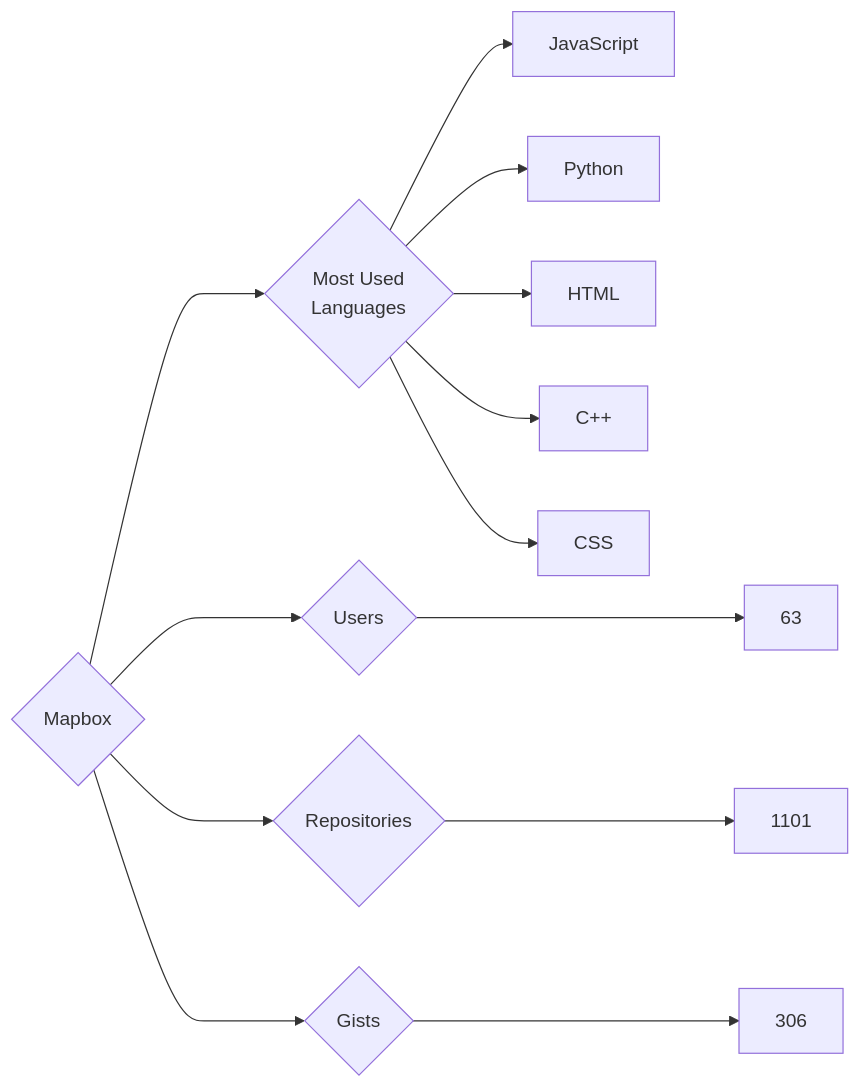
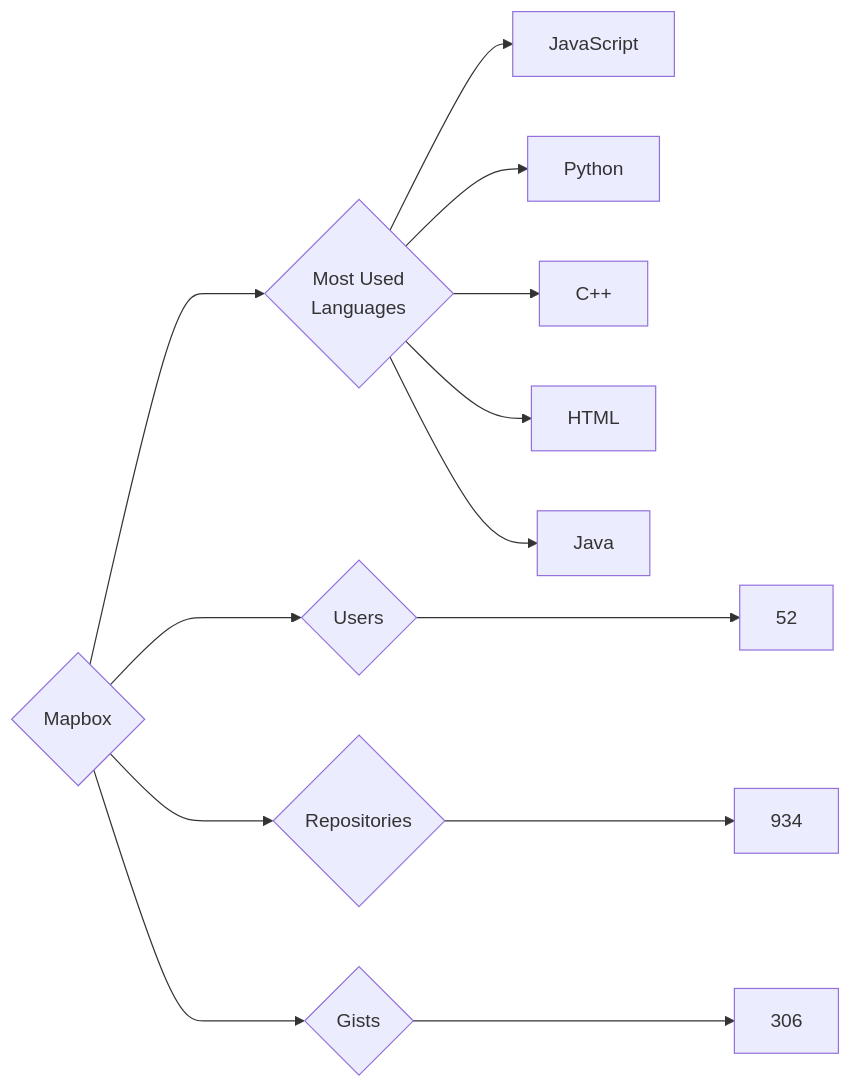
Before and after one commit to trickest/insiders: the diagram in targets/Mapbox/README.md, drawn with Mermaid. The commit also changed 953 other files, not shown here.

````diff
--- a/targets/Mapbox/README.md
+++ b/targets/Mapbox/README.md
@@ -3,13 +3,13 @@
 ```mermaid
 graph LR
 COMPANY_NAME{Mapbox}
-COMPANY_NAME ---> U{Users} ---> UN[63]
-COMPANY_NAME ---> R{Repositories} ---> RN[1101]
+COMPANY_NAME ---> U{Users} ---> UN[52]
+COMPANY_NAME ---> R{Repositories} ---> RN[934]
 COMPANY_NAME ---> G{Gists} ---> GN[306]
 COMPANY_NAME ---> ML{Most Used<br>Languages}
 ML --> JavaScript[JavaScript]
 ML --> Python[Python]
+ML --> C++[C++]
 ML --> HTML[HTML]
-ML --> C++[C++]
-ML --> CSS[CSS]
+ML --> Java[Java]
 ```
````
